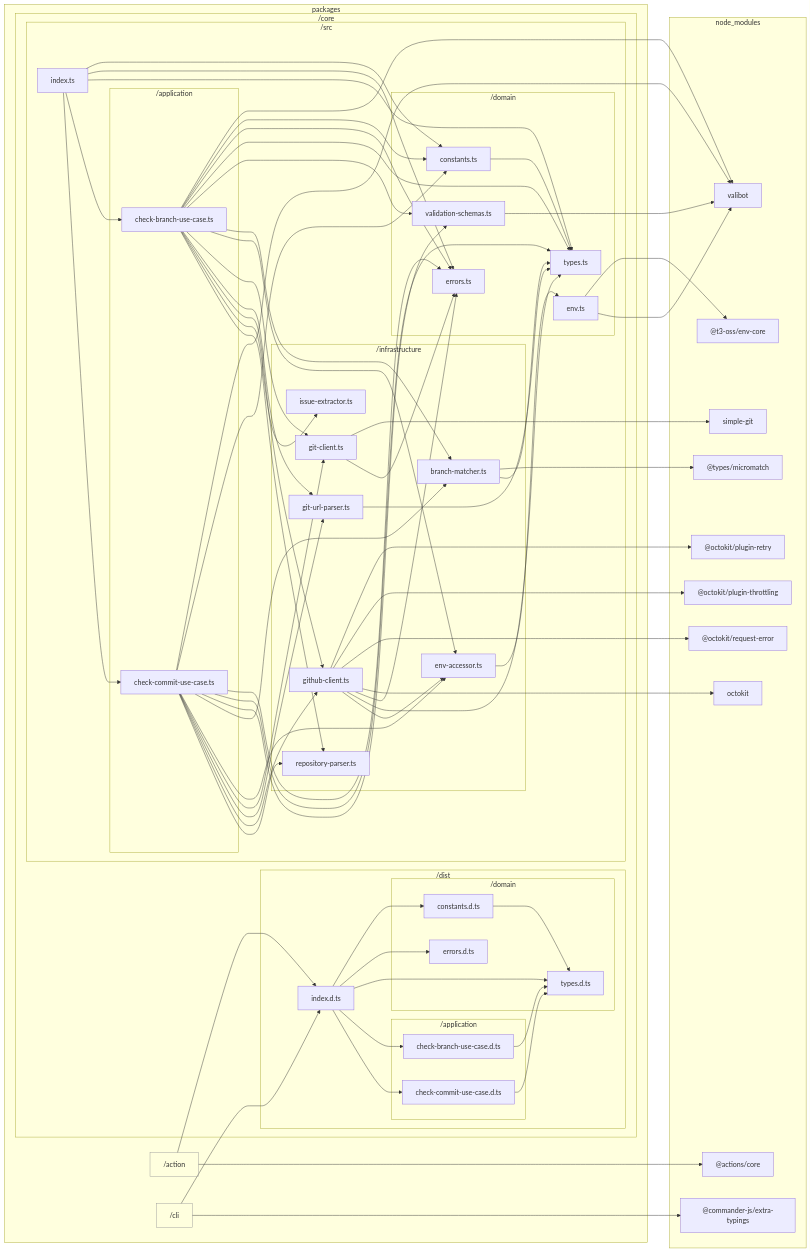
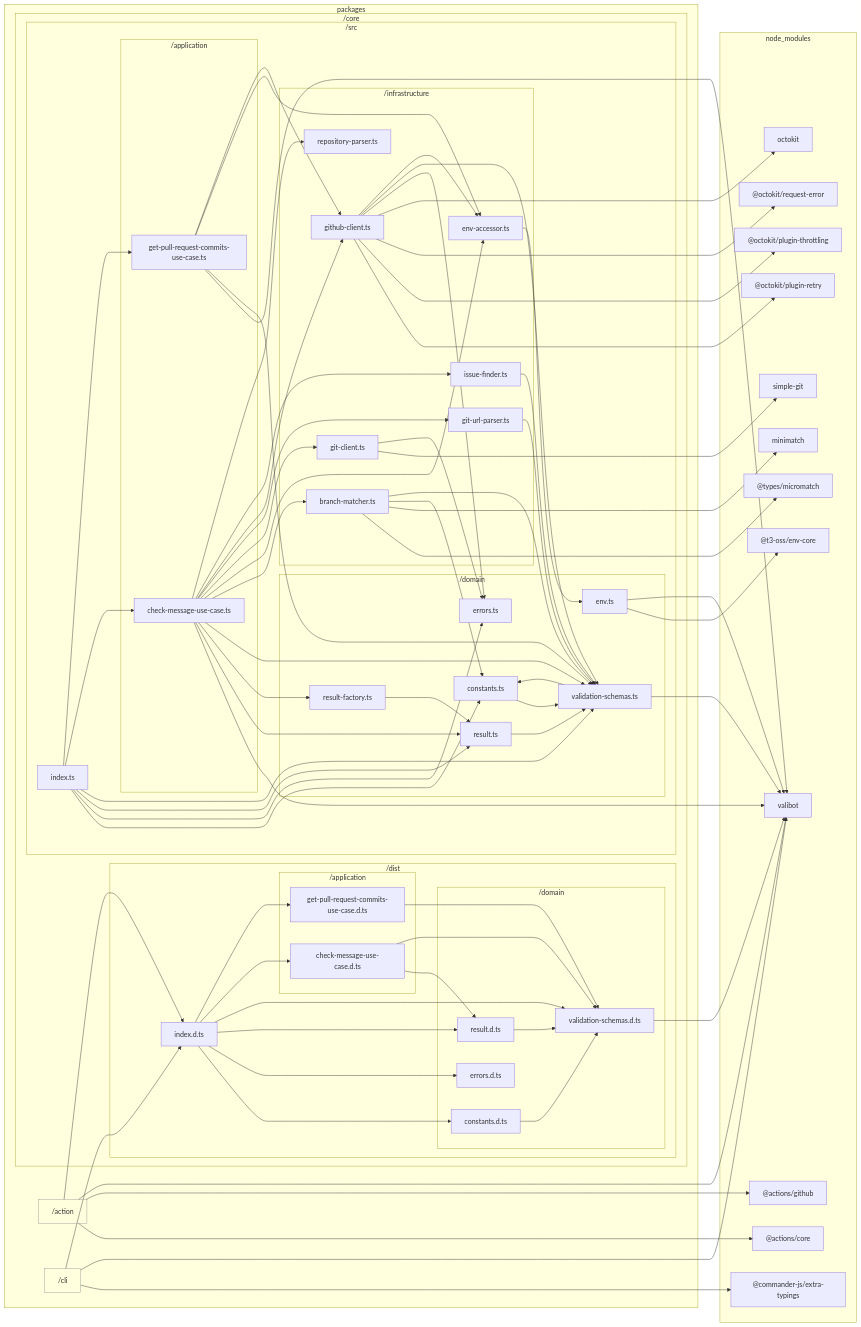
The diagram in docs/reports/dependencies/core-detail.md (sugurutakahashi-1234/issue-linker), drawn with Mermaid before and after one commit. The commit also changed 59 other files, not shown here.

````diff
--- a/docs/reports/dependencies/core-detail.md
+++ b/docs/reports/dependencies/core-detail.md
@@ -14,22 +14,24 @@
             subgraph packages/core/dist["/dist"]
                 packages/core/dist/index.d.ts["index.d.ts"]
                 subgraph packages/core/dist/domain["/domain"]
-                    packages/core/dist/domain/types.d.ts["types.d.ts"]
+                    packages/core/dist/domain/validation//schemas.d.ts["validation-schemas.d.ts"]
                     packages/core/dist/domain/constants.d.ts["constants.d.ts"]
                     packages/core/dist/domain/errors.d.ts["errors.d.ts"]
+                    packages/core/dist/domain/result.d.ts["result.d.ts"]
                 end
                 subgraph packages/core/dist/application["/application"]
-                    packages/core/dist/application/check//branch//use//case.d.ts["check-branch-use-case.d.ts"]
-                    packages/core/dist/application/check//commit//use//case.d.ts["check-commit-use-case.d.ts"]
+                    packages/core/dist/application/check//message//use//case.d.ts["check-message-use-case.d.ts"]
+                    packages/core/dist/application/get//pull//request//commits//use//case.d.ts["get-pull-request-commits-use-case.d.ts"]
                 end
             end
             subgraph packages/core/src["/src"]
                 packages/core/src/index.ts["index.ts"]
                 subgraph packages/core/src/domain["/domain"]
-                    packages/core/src/domain/types.ts["types.ts"]
+                    packages/core/src/domain/validation//schemas.ts["validation-schemas.ts"]
                     packages/core/src/domain/constants.ts["constants.ts"]
                     packages/core/src/domain/errors.ts["errors.ts"]
-                    packages/core/src/domain/validation//schemas.ts["validation-schemas.ts"]
+                    packages/core/src/domain/result.ts["result.ts"]
+                    packages/core/src/domain/result//factory.ts["result-factory.ts"]
                     packages/core/src/domain/env.ts["env.ts"]
                 end
                 subgraph packages/core/src/infrastructure["/infrastructure"]
@@ -38,21 +40,23 @@
                     packages/core/src/infrastructure/git//client.ts["git-client.ts"]
                     packages/core/src/infrastructure/git//url//parser.ts["git-url-parser.ts"]
                     packages/core/src/infrastructure/github//client.ts["github-client.ts"]
-                    packages/core/src/infrastructure/issue//extractor.ts["issue-extractor.ts"]
+                    packages/core/src/infrastructure/issue//finder.ts["issue-finder.ts"]
                     packages/core/src/infrastructure/repository//parser.ts["repository-parser.ts"]
                 end
                 subgraph packages/core/src/application["/application"]
-                    packages/core/src/application/check//branch//use//case.ts["check-branch-use-case.ts"]
-                    packages/core/src/application/check//commit//use//case.ts["check-commit-use-case.ts"]
+                    packages/core/src/application/check//message//use//case.ts["check-message-use-case.ts"]
+                    packages/core/src/application/get//pull//request//commits//use//case.ts["get-pull-request-commits-use-case.ts"]
                 end
             end
         end
     end
     subgraph node//modules["node_modules"]
+        node//modules/valibot/dist/index.d.cts["valibot"]
         node//modules///actions/core/lib/core.d.ts["@actions/core"]
+        node//modules///actions/github/lib/github.d.ts["@actions/github"]
         node//modules///commander//js/extra//typings/index.d.ts["@commander-js/extra-typings"]
-        node//modules/valibot/dist/index.d.cts["valibot"]
         node//modules///types/micromatch/index.d.ts["@types/micromatch"]
+        node//modules/minimatch/dist/commonjs/index.d.ts["minimatch"]
         node//modules///t3//oss/env//core/dist/index.d.ts["@t3-oss/env-core"]
         node//modules/simple//git/dist/typings/index.d.ts["simple-git"]
         node//modules///octokit/plugin//retry/dist//types/index.d.ts["@octokit/plugin-retry"]
@@ -60,61 +64,67 @@
         node//modules///octokit/request//error/dist//types/index.d.ts["@octokit/request-error"]
         node//modules/octokit/dist//types/index.d.ts["octokit"]
     end
-    packages/core/dist/domain/constants.d.ts-->packages/core/dist/domain/types.d.ts
-    packages/core/dist/application/check//branch//use//case.d.ts-->packages/core/dist/domain/types.d.ts
-    packages/core/dist/application/check//commit//use//case.d.ts-->packages/core/dist/domain/types.d.ts
+    packages/core/dist/domain/validation//schemas.d.ts-->node//modules/valibot/dist/index.d.cts
+    packages/core/dist/domain/constants.d.ts-->packages/core/dist/domain/validation//schemas.d.ts
+    packages/core/dist/domain/result.d.ts-->packages/core/dist/domain/validation//schemas.d.ts
+    packages/core/dist/application/check//message//use//case.d.ts-->packages/core/dist/domain/result.d.ts
+    packages/core/dist/application/check//message//use//case.d.ts-->packages/core/dist/domain/validation//schemas.d.ts
+    packages/core/dist/application/get//pull//request//commits//use//case.d.ts-->packages/core/dist/domain/validation//schemas.d.ts
     packages/core/dist/index.d.ts-->packages/core/dist/domain/constants.d.ts
     packages/core/dist/index.d.ts-->packages/core/dist/domain/errors.d.ts
-    packages/core/dist/index.d.ts-->packages/core/dist/domain/types.d.ts
-    packages/core/dist/index.d.ts-->packages/core/dist/application/check//branch//use//case.d.ts
-    packages/core/dist/index.d.ts-->packages/core/dist/application/check//commit//use//case.d.ts
+    packages/core/dist/index.d.ts-->packages/core/dist/domain/result.d.ts
+    packages/core/dist/index.d.ts-->packages/core/dist/domain/validation//schemas.d.ts
+    packages/core/dist/index.d.ts-->packages/core/dist/application/check//message//use//case.d.ts
+    packages/core/dist/index.d.ts-->packages/core/dist/application/get//pull//request//commits//use//case.d.ts
     packages/action-->node//modules///actions/core/lib/core.d.ts
+    packages/action-->node//modules///actions/github/lib/github.d.ts
     packages/action-->packages/core/dist/index.d.ts
+    packages/action-->node//modules/valibot/dist/index.d.cts
     packages/cli-->node//modules///commander//js/extra//typings/index.d.ts
     packages/cli-->packages/core/dist/index.d.ts
-    packages/core/src/domain/constants.ts-->packages/core/src/domain/types.ts
+    packages/cli-->node//modules/valibot/dist/index.d.cts
     packages/core/src/domain/validation//schemas.ts-->node//modules/valibot/dist/index.d.cts
+    packages/core/src/domain/validation//schemas.ts-->packages/core/src/domain/constants.ts
+    packages/core/src/domain/constants.ts-->packages/core/src/domain/validation//schemas.ts
+    packages/core/src/domain/result.ts-->packages/core/src/domain/validation//schemas.ts
+    packages/core/src/domain/result//factory.ts-->packages/core/src/domain/result.ts
     packages/core/src/infrastructure/branch//matcher.ts-->node//modules///types/micromatch/index.d.ts
-    packages/core/src/infrastructure/branch//matcher.ts-->packages/core/src/domain/types.ts
+    packages/core/src/infrastructure/branch//matcher.ts-->node//modules/minimatch/dist/commonjs/index.d.ts
+    packages/core/src/infrastructure/branch//matcher.ts-->packages/core/src/domain/constants.ts
+    packages/core/src/infrastructure/branch//matcher.ts-->packages/core/src/domain/validation//schemas.ts
     packages/core/src/domain/env.ts-->node//modules///t3//oss/env//core/dist/index.d.ts
     packages/core/src/domain/env.ts-->node//modules/valibot/dist/index.d.cts
     packages/core/src/infrastructure/env//accessor.ts-->packages/core/src/domain/env.ts
     packages/core/src/infrastructure/git//client.ts-->node//modules/simple//git/dist/typings/index.d.ts
     packages/core/src/infrastructure/git//client.ts-->packages/core/src/domain/errors.ts
-    packages/core/src/infrastructure/git//url//parser.ts-->packages/core/src/domain/types.ts
+    packages/core/src/infrastructure/git//url//parser.ts-->packages/core/src/domain/validation//schemas.ts
     packages/core/src/infrastructure/github//client.ts-->node//modules///octokit/plugin//retry/dist//types/index.d.ts
     packages/core/src/infrastructure/github//client.ts-->node//modules///octokit/plugin//throttling/dist//types/index.d.ts
     packages/core/src/infrastructure/github//client.ts-->node//modules///octokit/request//error/dist//types/index.d.ts
     packages/core/src/infrastructure/github//client.ts-->node//modules/octokit/dist//types/index.d.ts
     packages/core/src/infrastructure/github//client.ts-->packages/core/src/domain/errors.ts
-    packages/core/src/infrastructure/github//client.ts-->packages/core/src/domain/types.ts
+    packages/core/src/infrastructure/github//client.ts-->packages/core/src/domain/validation//schemas.ts
     packages/core/src/infrastructure/github//client.ts-->packages/core/src/infrastructure/env//accessor.ts
-    packages/core/src/application/check//branch//use//case.ts-->node//modules/valibot/dist/index.d.cts
-    packages/core/src/application/check//branch//use//case.ts-->packages/core/src/domain/constants.ts
-    packages/core/src/application/check//branch//use//case.ts-->packages/core/src/domain/errors.ts
-    packages/core/src/application/check//branch//use//case.ts-->packages/core/src/domain/types.ts
-    packages/core/src/application/check//branch//use//case.ts-->packages/core/src/domain/validation//schemas.ts
-    packages/core/src/application/check//branch//use//case.ts-->packages/core/src/infrastructure/branch//matcher.ts
-    packages/core/src/application/check//branch//use//case.ts-->packages/core/src/infrastructure/env//accessor.ts
-    packages/core/src/application/check//branch//use//case.ts-->packages/core/src/infrastructure/git//client.ts
-    packages/core/src/application/check//branch//use//case.ts-->packages/core/src/infrastructure/git//url//parser.ts
-    packages/core/src/application/check//branch//use//case.ts-->packages/core/src/infrastructure/github//client.ts
-    packages/core/src/application/check//branch//use//case.ts-->packages/core/src/infrastructure/issue//extractor.ts
-    packages/core/src/application/check//branch//use//case.ts-->packages/core/src/infrastructure/repository//parser.ts
-    packages/core/src/application/check//commit//use//case.ts-->node//modules/valibot/dist/index.d.cts
-    packages/core/src/application/check//commit//use//case.ts-->packages/core/src/domain/constants.ts
-    packages/core/src/application/check//commit//use//case.ts-->packages/core/src/domain/errors.ts
-    packages/core/src/application/check//commit//use//case.ts-->packages/core/src/domain/types.ts
-    packages/core/src/application/check//commit//use//case.ts-->packages/core/src/domain/validation//schemas.ts
-    packages/core/src/application/check//commit//use//case.ts-->packages/core/src/infrastructure/branch//matcher.ts
-    packages/core/src/application/check//commit//use//case.ts-->packages/core/src/infrastructure/env//accessor.ts
-    packages/core/src/application/check//commit//use//case.ts-->packages/core/src/infrastructure/git//client.ts
-    packages/core/src/application/check//commit//use//case.ts-->packages/core/src/infrastructure/git//url//parser.ts
-    packages/core/src/application/check//commit//use//case.ts-->packages/core/src/infrastructure/github//client.ts
-    packages/core/src/application/check//commit//use//case.ts-->packages/core/src/infrastructure/repository//parser.ts
+    packages/core/src/infrastructure/issue//finder.ts-->packages/core/src/domain/validation//schemas.ts
+    packages/core/src/application/check//message//use//case.ts-->node//modules/valibot/dist/index.d.cts
+    packages/core/src/application/check//message//use//case.ts-->packages/core/src/domain/result.ts
+    packages/core/src/application/check//message//use//case.ts-->packages/core/src/domain/result//factory.ts
+    packages/core/src/application/check//message//use//case.ts-->packages/core/src/domain/validation//schemas.ts
+    packages/core/src/application/check//message//use//case.ts-->packages/core/src/infrastructure/branch//matcher.ts
+    packages/core/src/application/check//message//use//case.ts-->packages/core/src/infrastructure/env//accessor.ts
+    packages/core/src/application/check//message//use//case.ts-->packages/core/src/infrastructure/git//client.ts
+    packages/core/src/application/check//message//use//case.ts-->packages/core/src/infrastructure/git//url//parser.ts
+    packages/core/src/application/check//message//use//case.ts-->packages/core/src/infrastructure/github//client.ts
+    packages/core/src/application/check//message//use//case.ts-->packages/core/src/infrastructure/issue//finder.ts
+    packages/core/src/application/check//message//use//case.ts-->packages/core/src/infrastructure/repository//parser.ts
+    packages/core/src/application/get//pull//request//commits//use//case.ts-->node//modules/valibot/dist/index.d.cts
+    packages/core/src/application/get//pull//request//commits//use//case.ts-->packages/core/src/domain/validation//schemas.ts
+    packages/core/src/application/get//pull//request//commits//use//case.ts-->packages/core/src/infrastructure/env//accessor.ts
+    packages/core/src/application/get//pull//request//commits//use//case.ts-->packages/core/src/infrastructure/github//client.ts
     packages/core/src/index.ts-->packages/core/src/domain/constants.ts
     packages/core/src/index.ts-->packages/core/src/domain/errors.ts
-    packages/core/src/index.ts-->packages/core/src/domain/types.ts
-    packages/core/src/index.ts-->packages/core/src/application/check//branch//use//case.ts
-    packages/core/src/index.ts-->packages/core/src/application/check//commit//use//case.ts
+    packages/core/src/index.ts-->packages/core/src/domain/result.ts
+    packages/core/src/index.ts-->packages/core/src/domain/validation//schemas.ts
+    packages/core/src/index.ts-->packages/core/src/application/check//message//use//case.ts
+    packages/core/src/index.ts-->packages/core/src/application/get//pull//request//commits//use//case.ts
 ```
````
